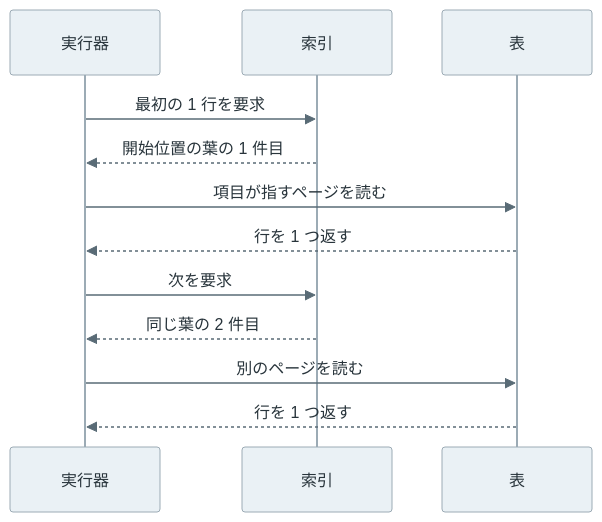
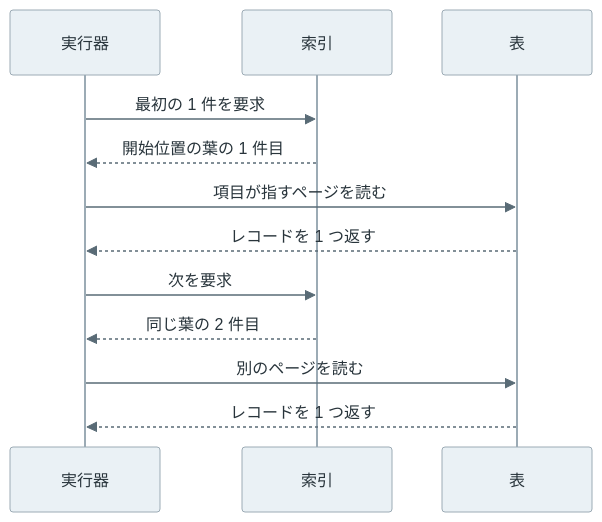
One commit to nao1215/debimate changed the second of 8 diagrams in content/notes/database-systems/index-scan/index.md. Above: the diagram before and after it, drawn with Mermaid. The commit also changed other lines of this file and 125 other files, not shown here.

````diff
--- a/content/notes/database-systems/index-scan/index.md
+++ b/content/notes/database-systems/index-scan/index.md
@@ -59,15 +78,15 @@
 ```mermaid
 %%{init: {"theme":"base","themeVariables":{"primaryColor":"#eaf1f5","primaryTextColor":"#28343b","primaryBorderColor":"#9cabb5","lineColor":"#596b76","textColor":"#28343b","actorBkg":"#eaf1f5","actorBorder":"#9cabb5","actorTextColor":"#28343b","actorLineColor":"#9cabb5","signalColor":"#596b76","signalTextColor":"#28343b","noteBkgColor":"#f7f1e5","noteBorderColor":"#c5b99b","noteTextColor":"#403c32","activationBkgColor":"#edf3ef","activationBorderColor":"#9aafa1"}}}%%
 sequenceDiagram
     participant E as 実行器
     participant I as 索引
     participant T as 表
-    E->>I: 最初の 1 行を要求
+    E->>I: 最初の 1 件を要求
     I-->>E: 開始位置の葉の 1 件目
     E->>T: 項目が指すページを読む
-    T-->>E: 行を 1 つ返す
+    T-->>E: レコードを 1 つ返す
     E->>I: 次を要求
     I-->>E: 同じ葉の 2 件目
     E->>T: 別のページを読む
-    T-->>E: 行を 1 つ返す
+    T-->>E: レコードを 1 つ返す
 ```
````
